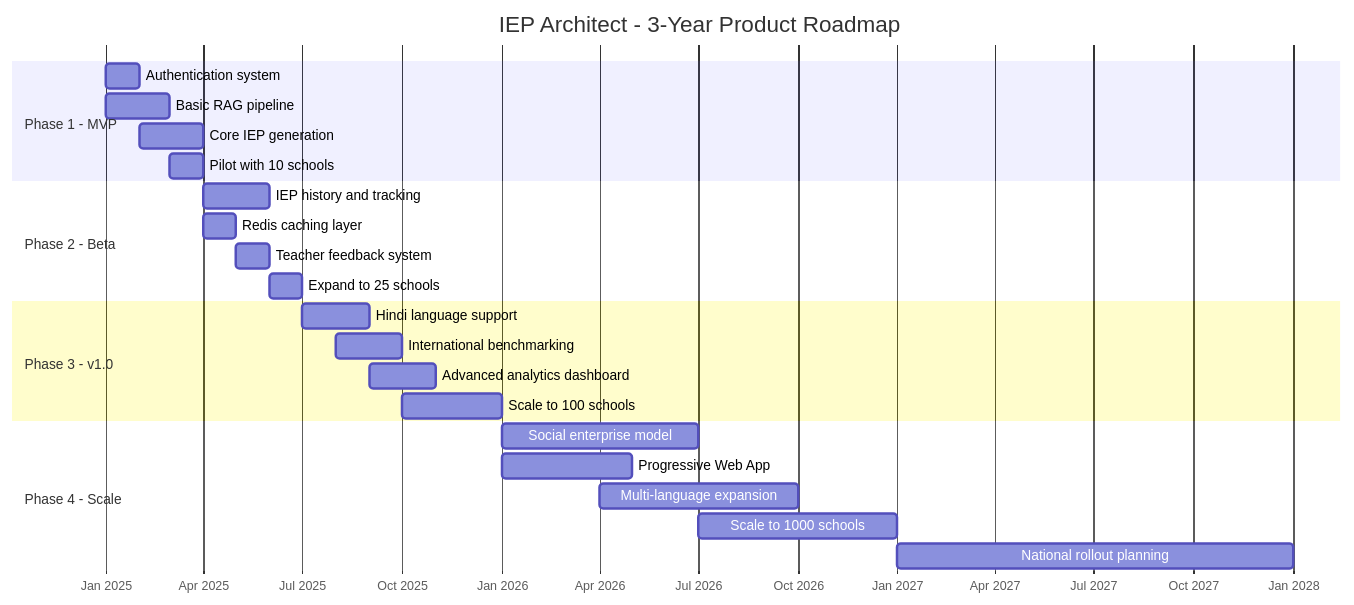
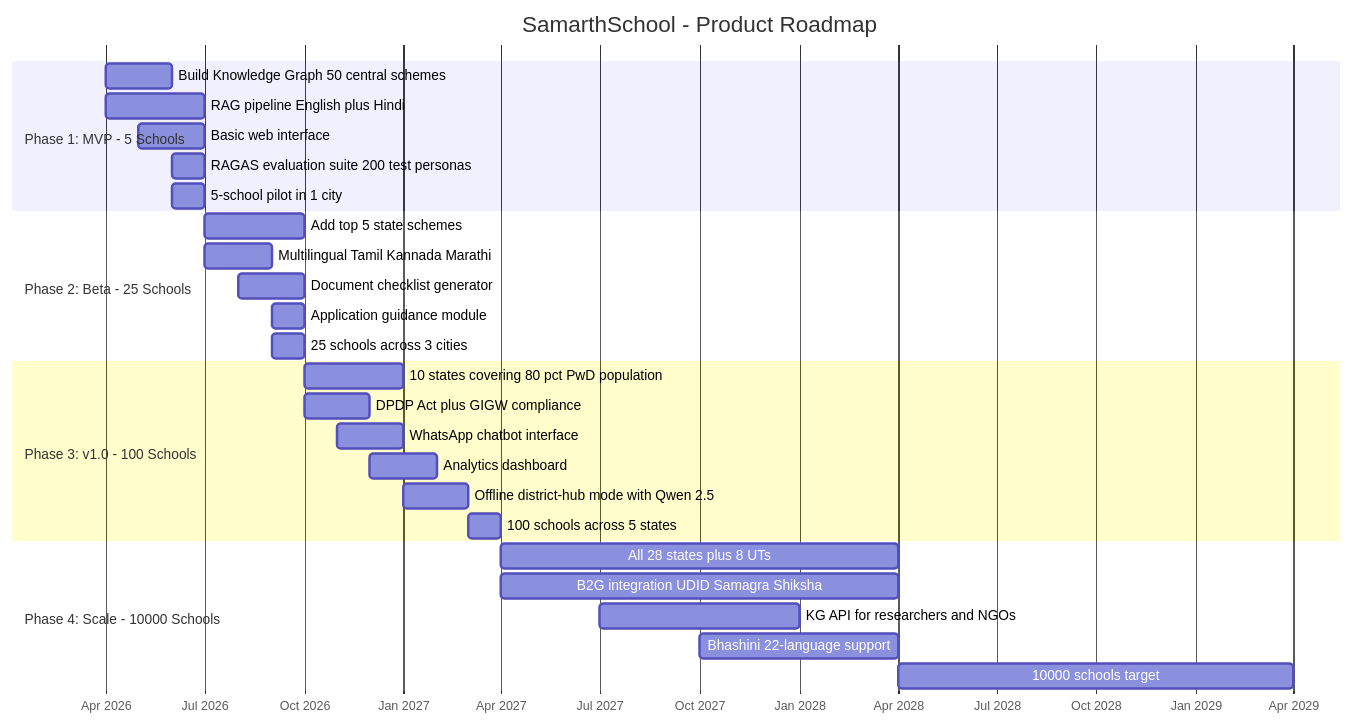
The diagram in images/diagrams/group-assignment/fig6-roadmap-gantt.mmd (sanjaygupta-professional/genai-assignment-explainer), drawn with Mermaid before and after one commit. The commit also changed 20 other files, not shown here.

```diff
--- a/images/diagrams/group-assignment/fig6-roadmap-gantt.mmd
+++ b/images/diagrams/group-assignment/fig6-roadmap-gantt.mmd
@@ -1,29 +1,33 @@
 gantt
-    title IEP Architect - 3-Year Product Roadmap
+    title SamarthSchool - Product Roadmap
     dateFormat YYYY-MM
     axisFormat %b %Y
 
-    section Phase 1 - MVP
-    Authentication system           :2025-01, 1M
-    Basic RAG pipeline              :2025-01, 2M
-    Core IEP generation             :2025-02, 2M
-    Pilot with 10 schools           :2025-03, 1M
+    section Phase 1: MVP - 5 Schools
+    Build Knowledge Graph 50 central schemes    :2026-04, 2M
+    RAG pipeline English plus Hindi             :2026-04, 3M
+    Basic web interface                         :2026-05, 2M
+    RAGAS evaluation suite 200 test personas    :2026-06, 1M
+    5-school pilot in 1 city                    :2026-06, 1M
 
-    section Phase 2 - Beta
-    IEP history and tracking        :2025-04, 2M
-    Redis caching layer             :2025-04, 1M
-    Teacher feedback system         :2025-05, 1M
-    Expand to 25 schools            :2025-06, 1M
+    section Phase 2: Beta - 25 Schools
+    Add top 5 state schemes                     :2026-07, 3M
+    Multilingual Tamil Kannada Marathi           :2026-07, 2M
+    Document checklist generator                :2026-08, 2M
+    Application guidance module                 :2026-09, 1M
+    25 schools across 3 cities                  :2026-09, 1M
 
-    section Phase 3 - v1.0
-    Hindi language support          :2025-07, 2M
-    International benchmarking      :2025-08, 2M
-    Advanced analytics dashboard    :2025-09, 2M
-    Scale to 100 schools            :2025-10, 3M
+    section Phase 3: v1.0 - 100 Schools
+    10 states covering 80 pct PwD population    :2026-10, 3M
+    DPDP Act plus GIGW compliance               :2026-10, 2M
+    WhatsApp chatbot interface                  :2026-11, 2M
+    Analytics dashboard                         :2026-12, 2M
+    Offline district-hub mode with Qwen 2.5     :2027-01, 2M
+    100 schools across 5 states                 :2027-03, 1M
 
-    section Phase 4 - Scale
-    Social enterprise model         :2026-01, 6M
-    Progressive Web App             :2026-01, 4M
-    Multi-language expansion        :2026-04, 6M
-    Scale to 1000 schools           :2026-07, 6M
-    National rollout planning       :2027-01, 12M
+    section Phase 4: Scale - 10000 Schools
+    All 28 states plus 8 UTs                    :2027-04, 12M
+    B2G integration UDID Samagra Shiksha        :2027-04, 12M
+    KG API for researchers and NGOs             :2027-07, 6M
+    Bhashini 22-language support                :2027-10, 6M
+    10000 schools target                        :2028-04, 12M
```
